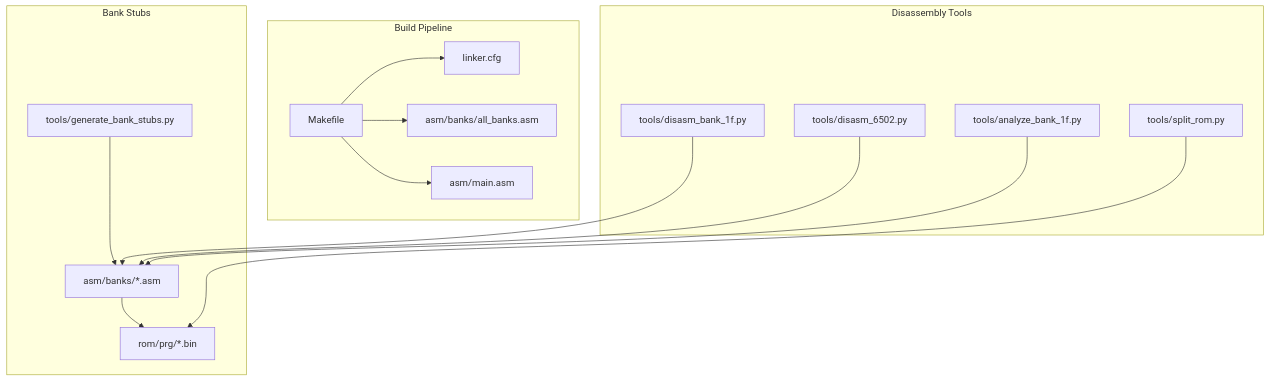
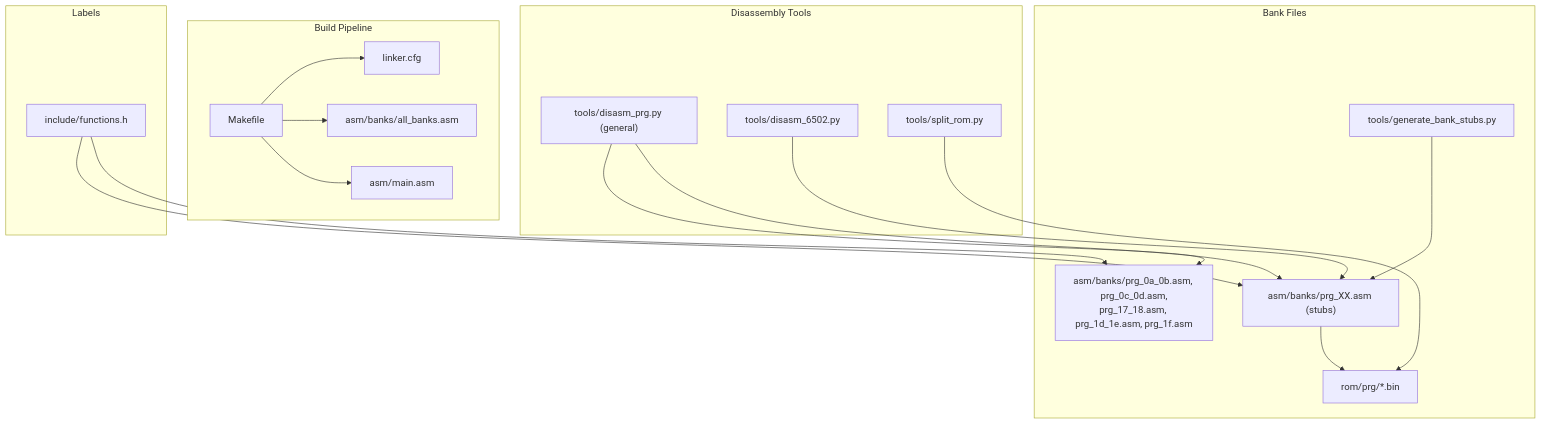
The first of 9 diagrams in .qoder/repowiki/en/content/Disassembly Workflow/Stub Replacement Methodology.md (rabbyzero/sango2dasm), drawn with Mermaid before and after one commit. The commit also changed other lines of this file and 12 other files, not shown here.

Commit message:
prg bank $0c $0d analysis done.

````diff
--- a/.qoder/repowiki/en/content/Disassembly Workflow/Stub Replacement Methodology.md
+++ b/.qoder/repowiki/en/content/Disassembly Workflow/Stub Replacement Methodology.md
@@ -48,29 +58,34 @@
 ```mermaid
 graph TB
 subgraph "Build Pipeline"
 MK["Makefile"]
 LD["linker.cfg"]
 BNK["asm/banks/all_banks.asm"]
 MAIN["asm/main.asm"]
 end
-subgraph "Bank Stubs"
+subgraph "Bank Files"
 GEN["tools/generate_bank_stubs.py"]
-STUBS["asm/banks/*.asm"]
+STUBS["asm/banks/prg_XX.asm (stubs)"]
+DISASMED["asm/banks/prg_0a_0b.asm, prg_0c_0d.asm,\nprg_17_18.asm, prg_1d_1e.asm, prg_1f.asm"]
 BIN["rom/prg/*.bin"]
 end
 subgraph "Disassembly Tools"
-DIS1F["tools/disasm_bank_1f.py"]
+DISPRG["tools/disasm_prg.py (general)"]
 DIS65["tools/disasm_6502.py"]
-ANA1F["tools/analyze_bank_1f.py"]
 SPL["tools/split_rom.py"]
+end
+subgraph "Labels"
+FUNCS["include/functions.h"]
 end
 MK --> LD
 MK --> BNK
 MK --> MAIN
 GEN --> STUBS
 STUBS --> BIN
 SPL --> BIN
-DIS1F --> STUBS
+DISPRG --> STUBS
+DISPRG --> DISASMED
 DIS65 --> STUBS
-ANA1F --> STUBS
+FUNCS --> DISASMED
+FUNCS --> STUBS
 ```
````
